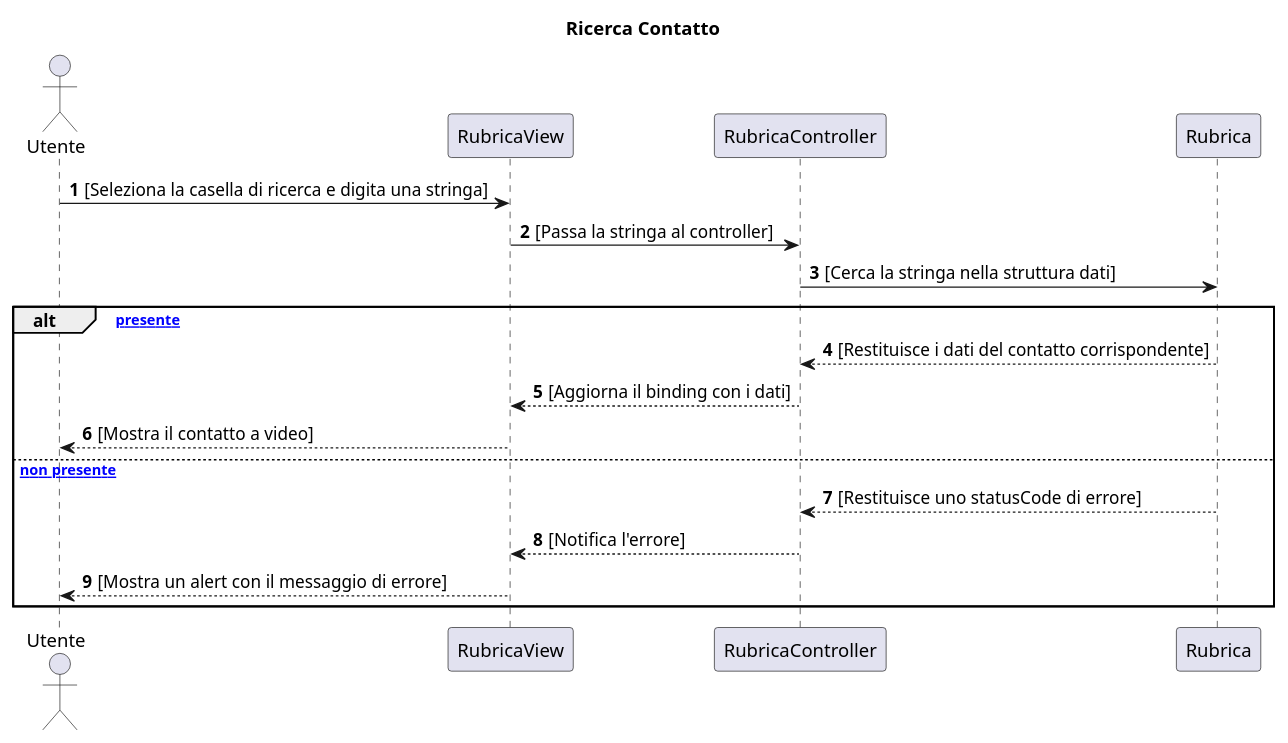
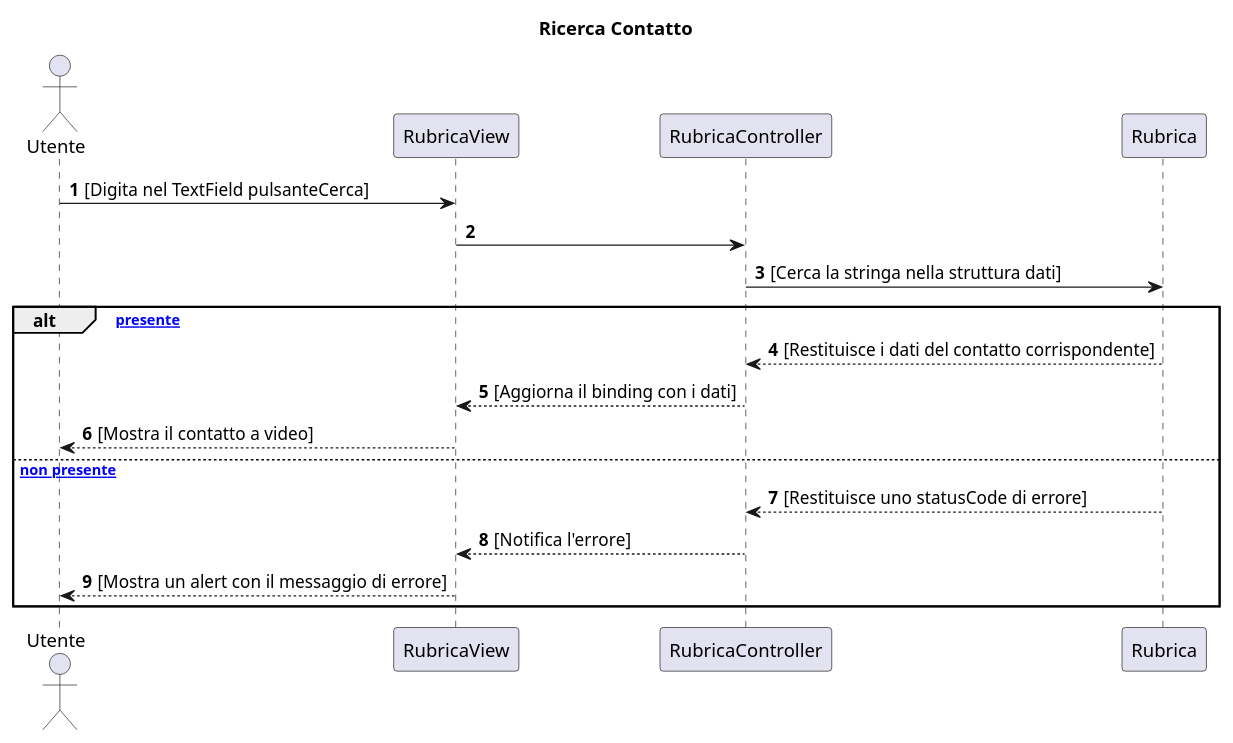
The diagram in docs/bozze/Diagrammi/Sequenza2/ScenarioRicercaContatto.puml (emanueletocci/uni-swe-project), drawn with PlantUML before and after one commit. The commit also changed 1 other file, not shown here.

```diff
--- a/docs/bozze/Diagrammi/Sequenza2/ScenarioRicercaContatto.puml
+++ b/docs/bozze/Diagrammi/Sequenza2/ScenarioRicercaContatto.puml
@@ -1,20 +1,20 @@
 @startuml
 title Ricerca Contatto
 autonumber
 actor Utente
 participant RubricaView
 participant RubricaController
 participant Rubrica
-Utente -> RubricaView: [Seleziona la casella di ricerca e digita una stringa]
-RubricaView -> RubricaController: [Passa la stringa al controller]
+Utente -> RubricaView: [Digita nel TextField pulsanteCerca]
+RubricaView -> RubricaController: 
 RubricaController -> Rubrica: [Cerca la stringa nella struttura dati]
 alt [Stringa presente]
     Rubrica --> RubricaController: [Restituisce i dati del contatto corrispondente]
     RubricaController --> RubricaView: [Aggiorna il binding con i dati]
     RubricaView --> Utente: [Mostra il contatto a video]
 else [Stringa non presente]
     Rubrica --> RubricaController: [Restituisce uno statusCode di errore]
     RubricaController --> RubricaView: [Notifica l'errore]
     RubricaView --> Utente: [Mostra un alert con il messaggio di errore] 
 end
 @enduml
```
